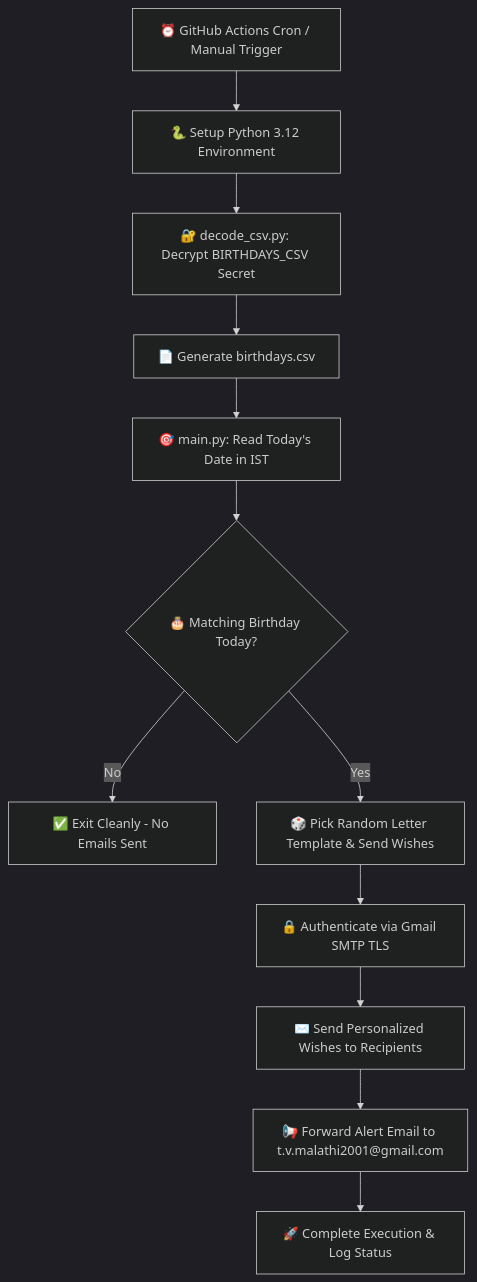
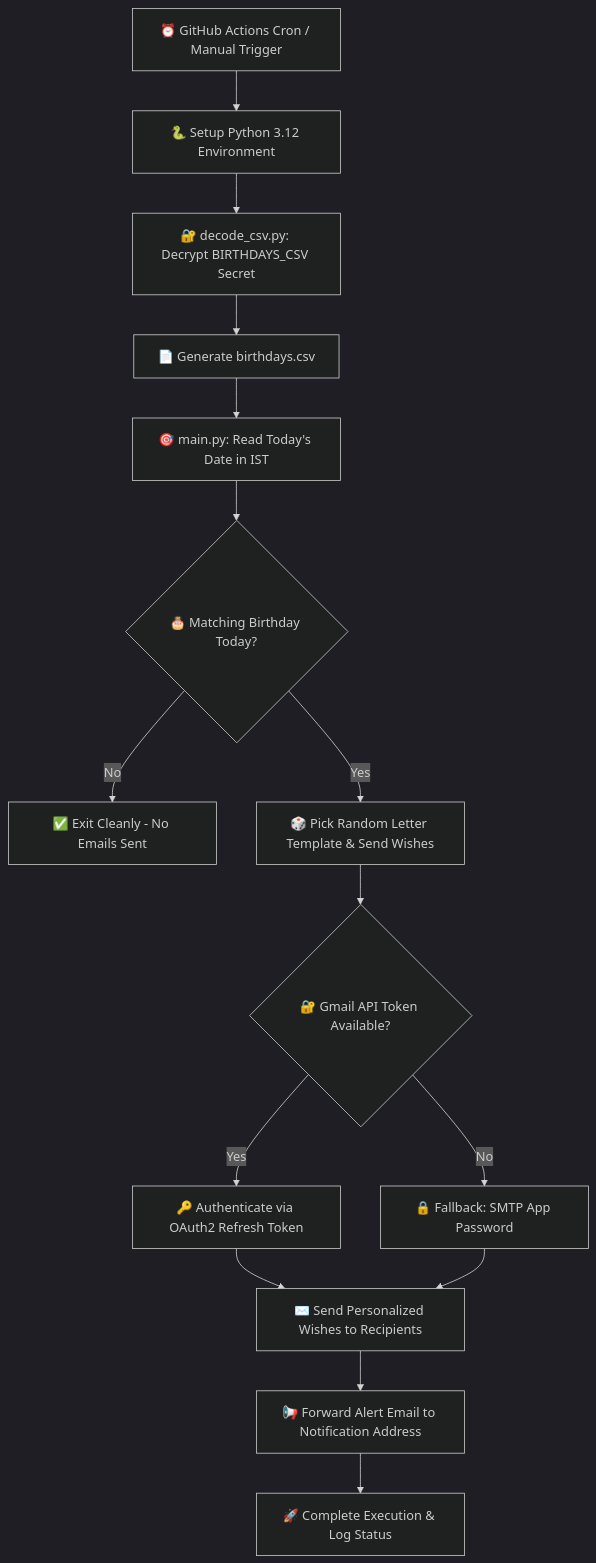
One commit to ragul-r-v/birthday-wisher changed the diagram in README.md. Above: the diagram before and after it, drawn with Mermaid (dark theme). The commit also changed other lines of this file and 8 other files, not shown here.

First line of the commit message:
feat: migrate from SMTP App Password to Gmail API OAuth2

````diff
--- a/README.md
+++ b/README.md
@@ -60,14 +61,17 @@
 ```mermaid
 flowchart TD
     A[⏰ GitHub Actions Cron / Manual Trigger] --> B[🐍 Setup Python 3.12 Environment]
     B --> C[🔐 decode_csv.py: Decrypt BIRTHDAYS_CSV Secret]
     C --> D[📄 Generate birthdays.csv]
     D --> E[🎯 main.py: Read Today's Date in IST]
     E --> F{🎂 Matching Birthday Today?}
     F -- No --> G[✅ Exit Cleanly - No Emails Sent]
     F -- Yes --> H[🎲 Pick Random Letter Template & Send Wishes]
-    H --> I[🔒 Authenticate via Gmail SMTP TLS]
-    I --> J[✉️ Send Personalized Wishes to Recipients]
-    J --> K[📢 Forward Alert Email to t.v.malathi2001@gmail.com]
-    K --> L[🚀 Complete Execution & Log Status]
+    H --> I{🔐 Gmail API Token Available?}
+    I -- Yes --> J[🔑 Authenticate via OAuth2 Refresh Token]
+    I -- No --> K[🔒 Fallback: SMTP App Password]
+    J --> L[✉️ Send Personalized Wishes to Recipients]
+    K --> L
+    L --> M[📢 Forward Alert Email to Notification Address]
+    M --> N[🚀 Complete Execution & Log Status]
 ```
````
